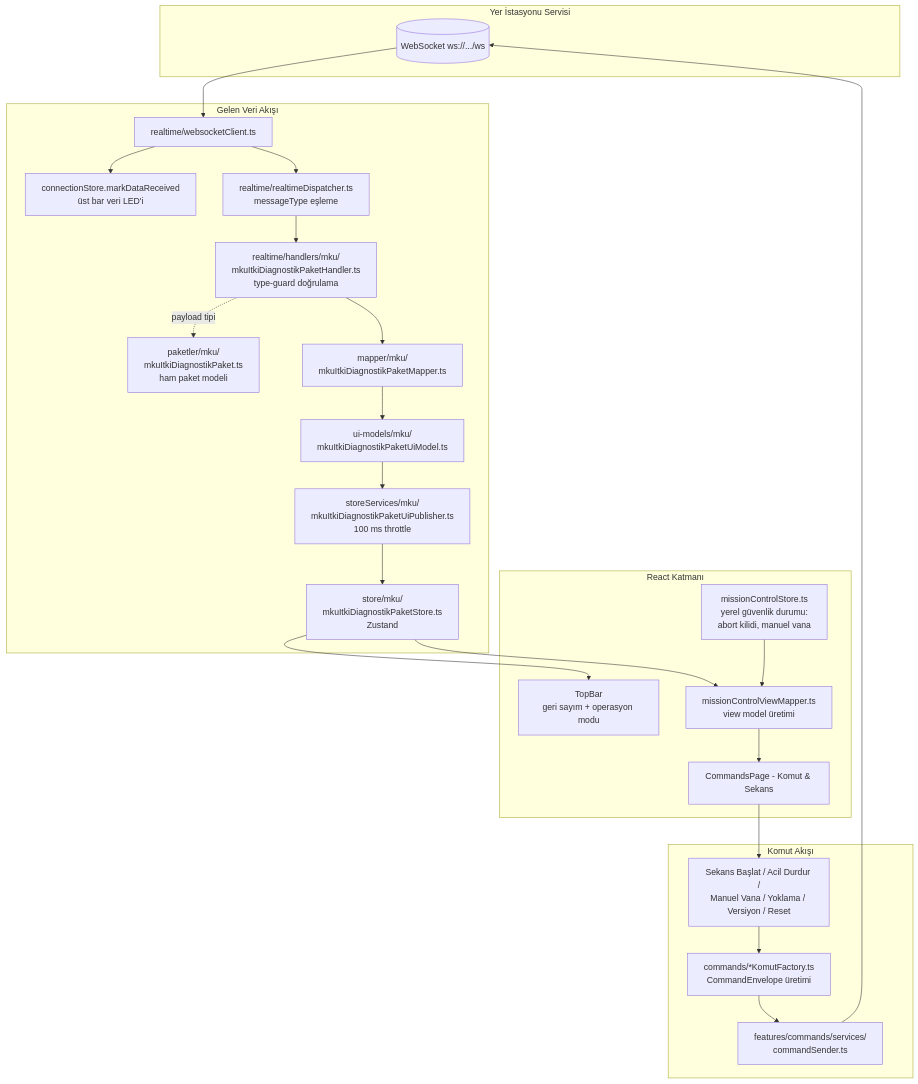
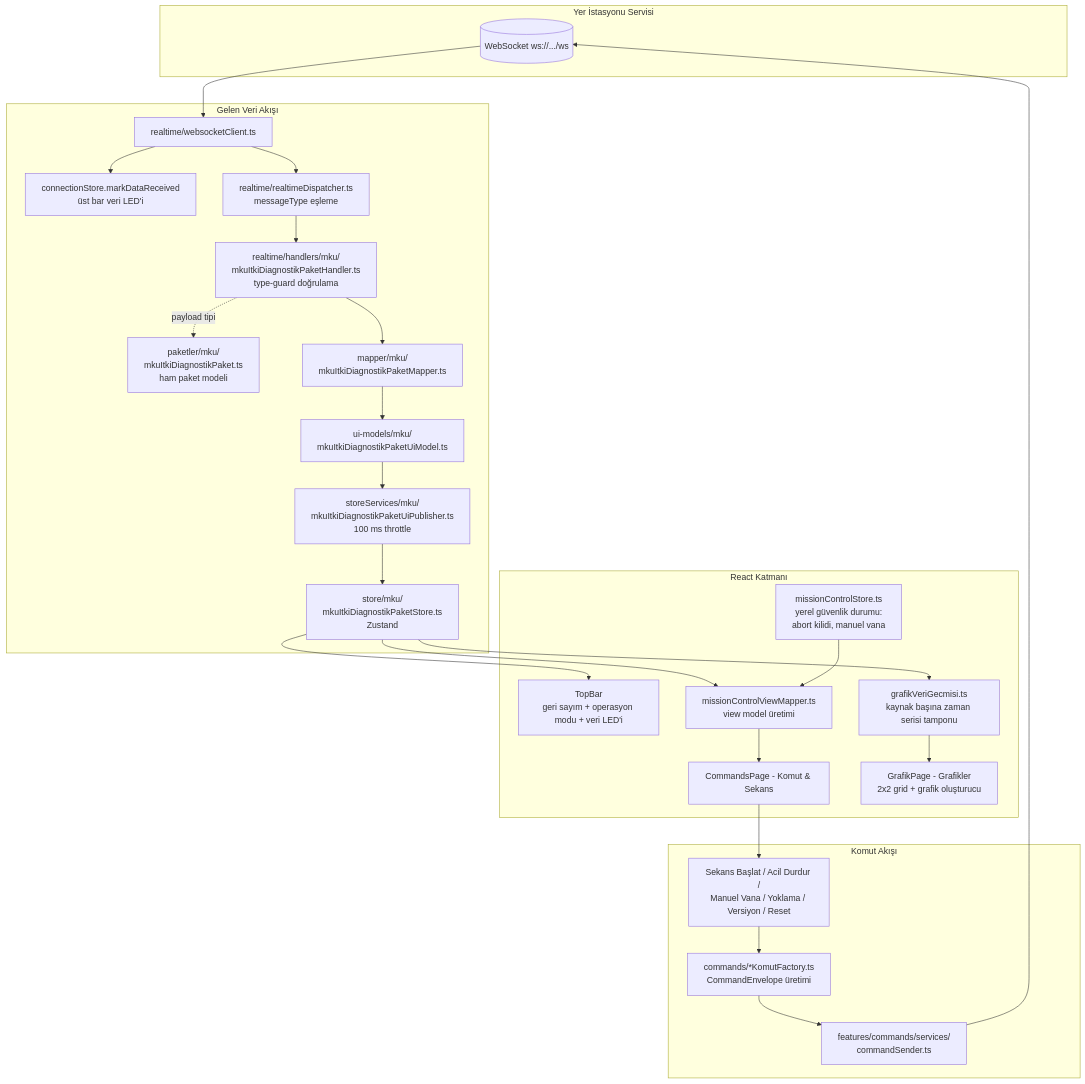
The diagram in README.md (ynsaydin98/web_rocket_ui), drawn with Mermaid before and after one commit. The commit also changed other lines of this file and 22 other files, not shown here.

````diff
--- a/README.md
+++ b/README.md
@@ -51,41 +51,44 @@
 ```mermaid
 flowchart TB
     subgraph SERVIS["Yer İstasyonu Servisi"]
         WS[(WebSocket ws://.../ws)]
     end
 
     subgraph GELEN["Gelen Veri Akışı"]
         WSC[realtime/websocketClient.ts]
         LED[connectionStore.markDataReceived\nüst bar veri LED'i]
         DISP[realtime/realtimeDispatcher.ts\nmessageType eşleme]
         H[realtime/handlers/mku/\nmkuItkiDiagnostikPaketHandler.ts\ntype-guard doğrulama]
         PKT[paketler/mku/\nmkuItkiDiagnostikPaket.ts\nham paket modeli]
         MAP[mapper/mku/\nmkuItkiDiagnostikPaketMapper.ts]
         UIM[ui-models/mku/\nmkuItkiDiagnostikPaketUiModel.ts]
         PUB[storeServices/mku/\nmkuItkiDiagnostikPaketUiPublisher.ts\n100 ms throttle]
         ST[store/mku/\nmkuItkiDiagnostikPaketStore.ts\nZustand]
     end
 
     subgraph UI["React Katmanı"]
-        TB[TopBar\ngeri sayım + operasyon modu]
+        TB[TopBar\ngeri sayım + operasyon modu + veri LED'i]
         CP[CommandsPage - Komut & Sekans]
         VM[missionControlViewMapper.ts\nview model üretimi]
         LOCAL[missionControlStore.ts\nyerel güvenlik durumu:\nabort kilidi, manuel vana]
+        GG[grafikVeriGecmisi.ts\nkaynak başına zaman serisi tamponu]
+        GP[GrafikPage - Grafikler\n2x2 grid + grafik oluşturucu]
     end
 
     subgraph KOMUT["Komut Akışı"]
         BTN[Sekans Başlat / Acil Durdur /\nManuel Vana / Yoklama / Versiyon / Reset]
         CF[commands/*KomutFactory.ts\nCommandEnvelope üretimi]
         CS[features/commands/services/\ncommandSender.ts]
     end
 
     WS --> WSC --> DISP --> H
     WSC --> LED
     H -. payload tipi .-> PKT
     H --> MAP --> UIM --> PUB --> ST
     ST --> TB
     ST --> VM
+    ST --> GG --> GP
     LOCAL --> VM
     VM --> CP
     CP --> BTN --> CF --> CS --> WS
 ```
````
